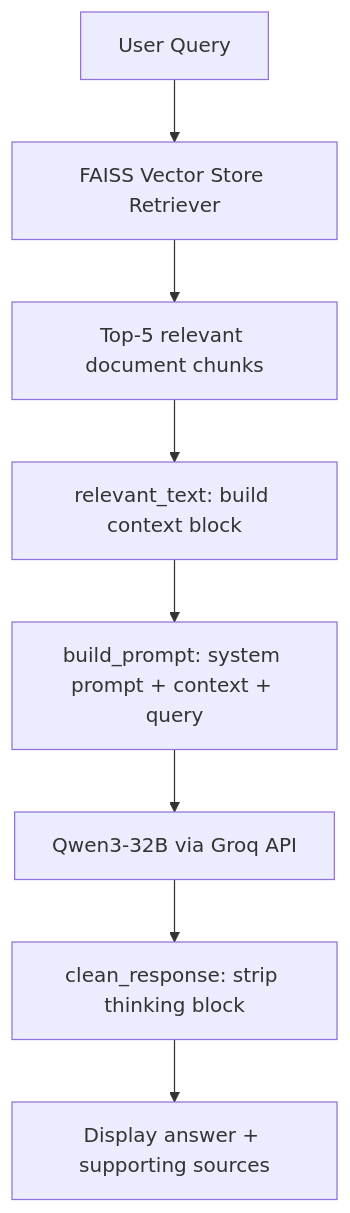
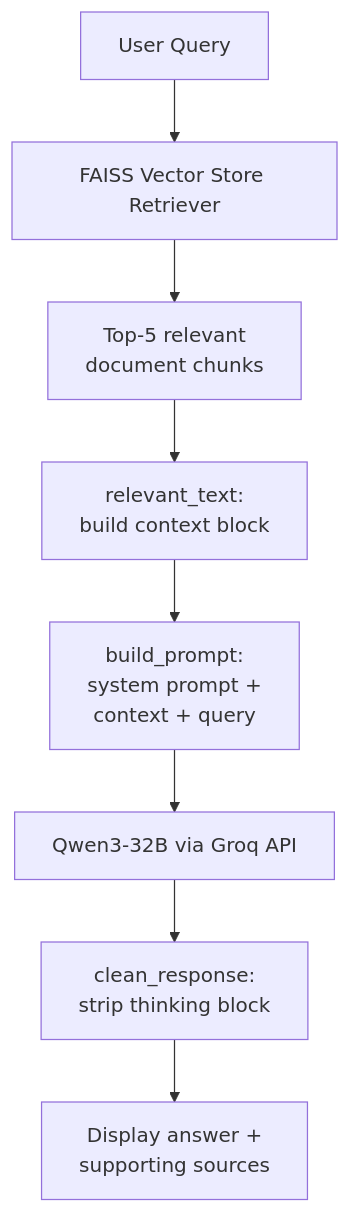
The first of 2 diagrams in README.md (iangault/product-search-rag), drawn with Mermaid before and after one commit. The commit also changed other lines of this file, not shown here.

Commit message:
add line breaks to mermaid flowchart

````diff
--- a/README.md
+++ b/README.md
@@ -33,10 +33,10 @@
 ```mermaid
 flowchart TD
     A[User Query] --> B[FAISS Vector Store Retriever]
-    B --> C[Top-5 relevant document chunks]
-    C --> D[relevant_text: build context block]
-    D --> E[build_prompt: system prompt + context + query]
+    B --> C[Top-5 relevant<br/>document chunks]
+    C --> D[relevant_text:<br/>build context block]
+    D --> E[build_prompt:<br/>system prompt +<br/>context + query]
     E --> F[Qwen3-32B via Groq API]
-    F --> G[clean_response: strip thinking block]
-    G --> H[Display answer + supporting sources]
+    F --> G[clean_response:<br/>strip thinking block]
+    G --> H[Display answer +<br/>supporting sources]
 ```
````
